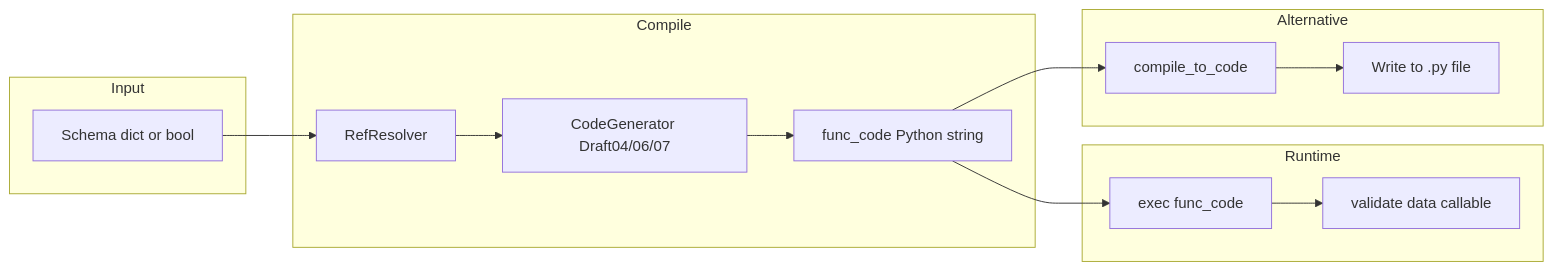
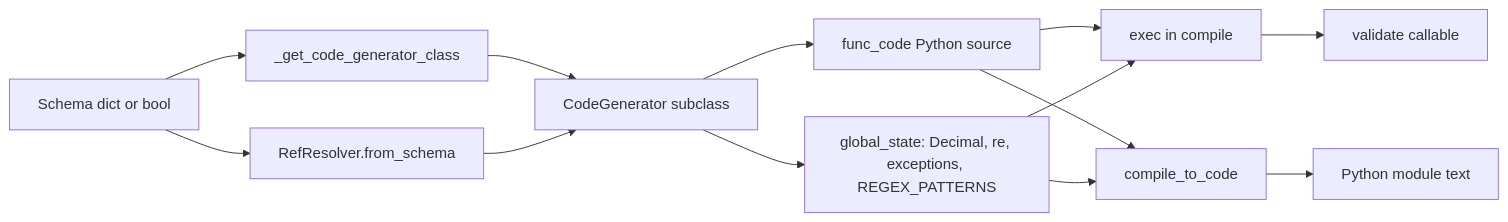
Before and after one commit to goddtriffin/json-schema-rs: the first of 2 diagrams in research/reports/python/horejsek-python-fastjsonschema.md, drawn with Mermaid. The commit also changed other lines of this file and 51 other files, not shown here.

````diff
--- a/research/reports/python/horejsek-python-fastjsonschema.md
+++ b/research/reports/python/horejsek-python-fastjsonschema.md
@@ -80,26 +85,15 @@
 ```mermaid
 flowchart LR
-  subgraph input [Input]
-    SchemaInput[Schema dict or bool]
-  end
-  subgraph compile [Compile]
-    RefResolver[RefResolver]
-    CodeGen[CodeGenerator Draft04/06/07]
-    FuncCode[func_code Python string]
-    RefResolver --> CodeGen
-    CodeGen --> FuncCode
-    SchemaInput --> RefResolver
-  end
-  subgraph runtime [Runtime]
-    Exec[exec func_code]
-    Validate[validate data callable]
-    FuncCode --> Exec
-    Exec --> Validate
-  end
-  subgraph alt [Alternative]
-    CompileToCode[compile_to_code]
-    File[Write to .py file]
-    FuncCode --> CompileToCode
-    CompileToCode --> File
-  end
+  Schema[Schema dict or bool] --> Resolver[RefResolver.from_schema]
+  Schema --> Pick[_get_code_generator_class]
+  Pick --> Gen[CodeGenerator subclass]
+  Resolver --> Gen
+  Gen --> FuncCode[func_code Python source]
+  Gen --> GlobalState[global_state: Decimal, re, exceptions, REGEX_PATTERNS]
+  FuncCode --> Exec[exec in compile]
+  GlobalState --> Exec
+  Exec --> Validate[validate callable]
+  FuncCode --> ToCode[compile_to_code]
+  GlobalState --> ToCode
+  ToCode --> Source[Python module text]
 ```
````
